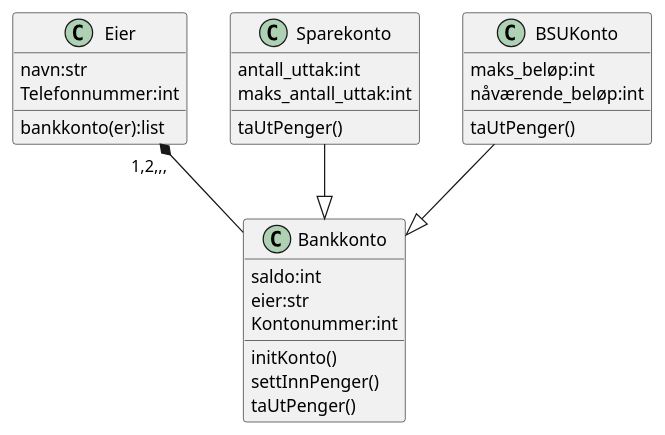
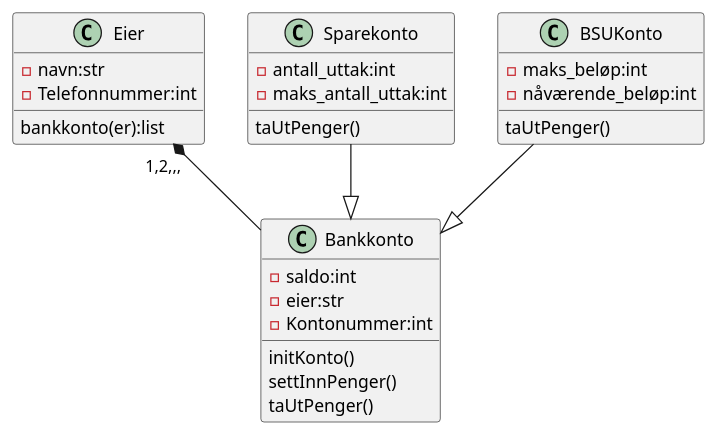
The diagram in bankkonto.plantuml (PressDrop/Object-Oriented-Programming), drawn with PlantUML before and after one commit. The commit also changed 9 other files, not shown here.

```diff
--- a/bankkonto.plantuml
+++ b/bankkonto.plantuml
@@ -1,36 +1,36 @@
 class Eier{
-    navn:str
-    Telefonnummer:int
+    -navn:str
+    -Telefonnummer:int
     bankkonto(er):list
 
 }
 class Bankkonto{
-    saldo:int
-    eier:str
-    Kontonummer:int
+    -saldo:int
+    -eier:str
+    -Kontonummer:int
 
 
     initKonto()
     settInnPenger()
     taUtPenger()
 
 }
 class Sparekonto{
-    antall_uttak:int
-    maks_antall_uttak:int
+    -antall_uttak:int
+    -maks_antall_uttak:int
     taUtPenger()
 
 }
 class BSUKonto{
-    maks_beløp:int
-    nåværende_beløp:int
+    -maks_beløp:int
+    -nåværende_beløp:int
     taUtPenger()
 
 }
 
 
 Eier "1,2,,,"*-- Bankkonto
 
 
 Sparekonto --|> Bankkonto
 BSUKonto --|> Bankkonto
```
